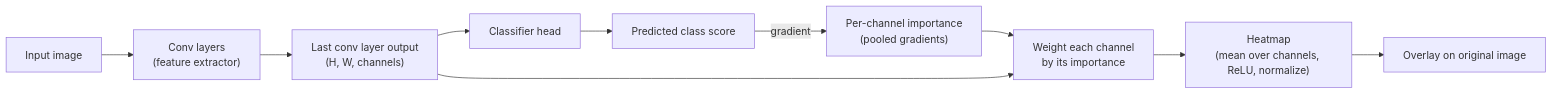
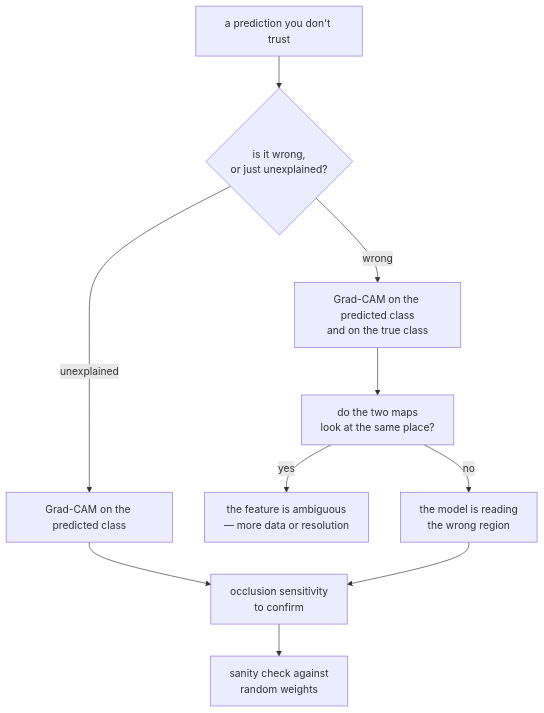
One commit to Ravikisha/PythonCentralHub changed the diagram in src/content/docs/Deep Learning/Phase 03 - Computer Vision with CNNs/Interpreting What Convnets Learn (Grad-CAM).mdx. Above: the diagram before and after it, drawn with Mermaid. The commit also changed other lines of this file and 626 other files, not shown here.

````diff
--- a/src/content/docs/Deep Learning/Phase 03 - Computer Vision with CNNs/Interpreting What Convnets Learn (Grad-CAM).mdx
+++ b/src/content/docs/Deep Learning/Phase 03 - Computer Vision with CNNs/Interpreting What Convnets Learn (Grad-CAM).mdx
@@ -113,12 +204,12 @@
-```mermaid title="Grad-CAM pipeline" desc="Gradients of the predicted class flow back only as far as the last convolutional layer, where they become per-channel importance weights."
-flowchart LR
-  I["Input image"] --> B["Conv layers<br/>(feature extractor)"]
-  B --> L["Last conv layer output<br/>(H, W, channels)"]
-  L --> P["Classifier head"]
-  P --> C["Predicted class score"]
-  C -->|"gradient"| G["Per-channel importance<br/>(pooled gradients)"]
-  G --> W["Weight each channel<br/>by its importance"]
-  L --> W
-  W --> H["Heatmap<br/>(mean over channels, ReLU, normalize)"]
-  H --> O["Overlay on original image"]
+```mermaid
+flowchart TB
+  A["a prediction you don't trust"] --> B{"is it wrong,<br/>or just unexplained?"}
+  B -->|"wrong"| C["Grad-CAM on the predicted class<br/>and on the true class"]
+  B -->|"unexplained"| D["Grad-CAM on the predicted class"]
+  C --> E["do the two maps<br/>look at the same place?"]
+  E -->|"yes"| F["the feature is ambiguous<br/>— more data or resolution"]
+  E -->|"no"| G["the model is reading<br/>the wrong region"]
+  D --> H["occlusion sensitivity<br/>to confirm"]
+  G --> H
+  H --> I["sanity check against<br/>random weights"]
 ```
````
